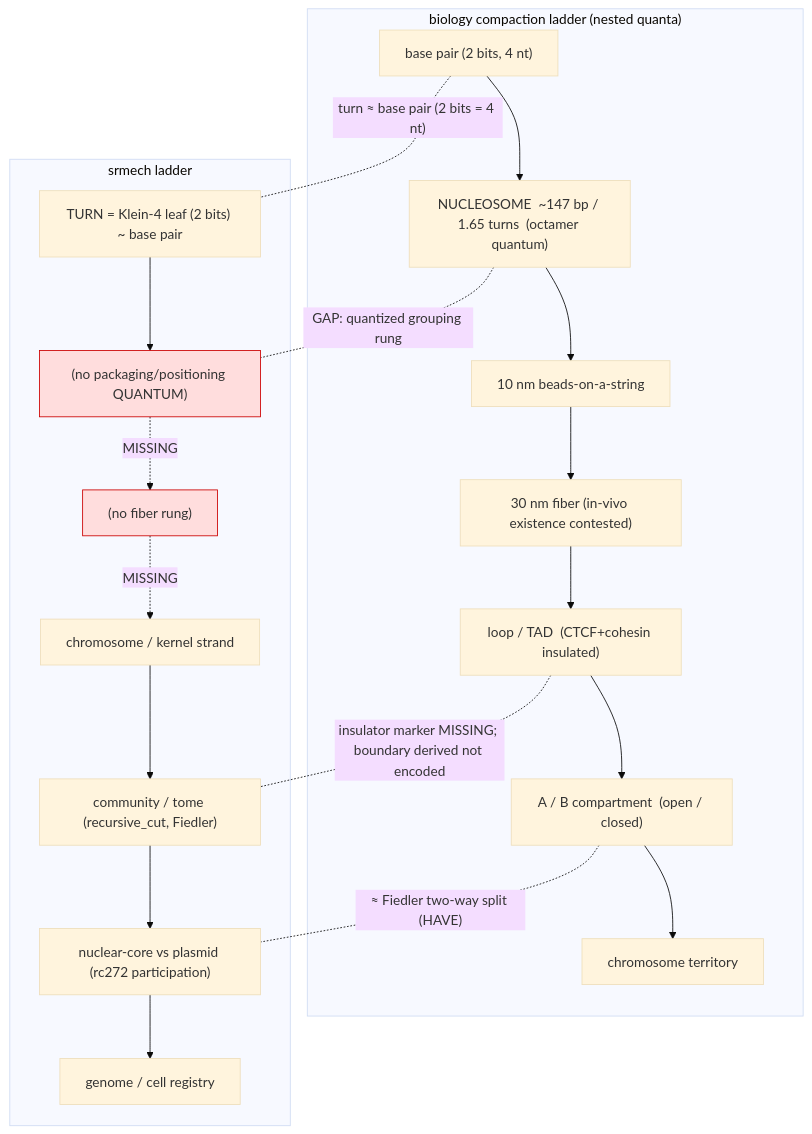
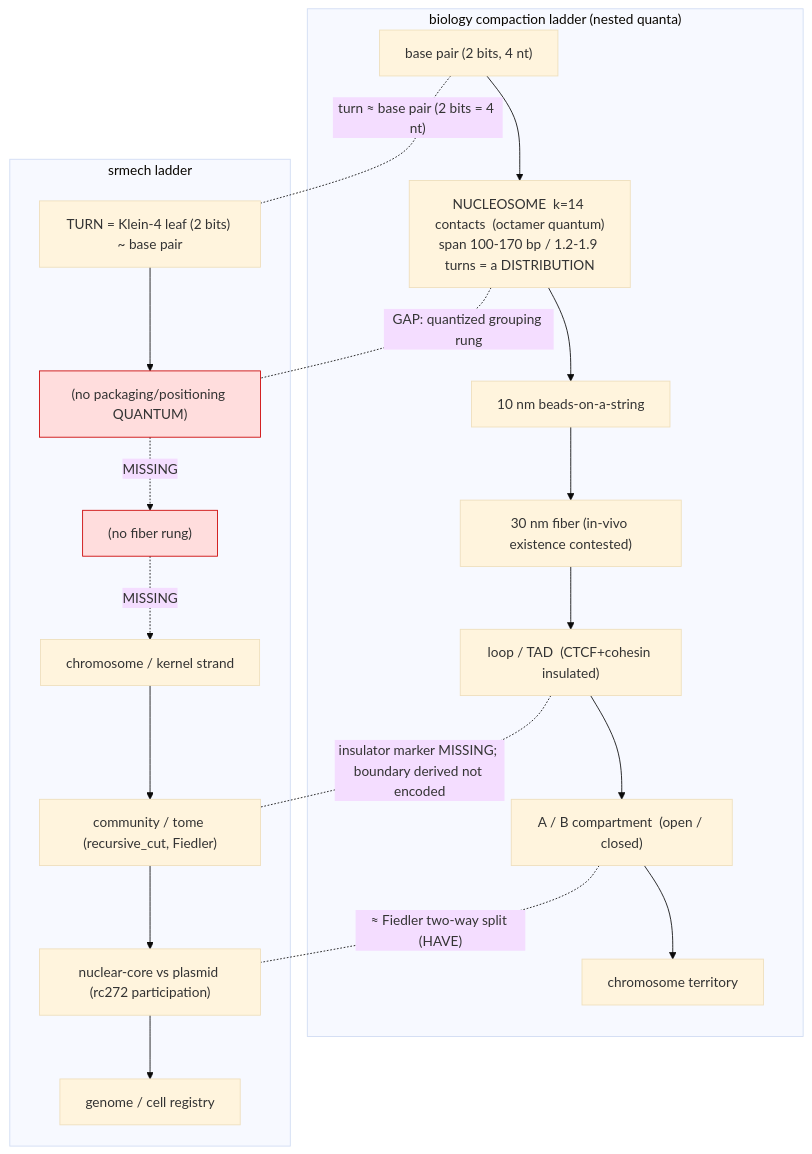
Before and after one commit to lemonforest/mlehaptics: the diagram in docs/srmech/notes/chromatin_histone_structural_machinery_findings.md, drawn with Mermaid (base theme). The commit also changed other lines of this file and 11 other files, not shown here.

````diff
--- a/docs/srmech/notes/chromatin_histone_structural_machinery_findings.md
+++ b/docs/srmech/notes/chromatin_histone_structural_machinery_findings.md
@@ -69,29 +119,29 @@
 ```mermaid
 graph TD
   subgraph BIO["biology compaction ladder (nested quanta)"]
     bp["base pair (2 bits, 4 nt)"]
-    nuc["NUCLEOSOME  ~147 bp / 1.65 turns  (octamer quantum)"]
+    nuc["NUCLEOSOME  k=14 contacts  (octamer quantum)<br/>span 100-170 bp / 1.2-1.9 turns = a DISTRIBUTION"]
     f10["10 nm  beads-on-a-string"]
     f30["30 nm fiber (in-vivo existence contested)"]
     loop["loop / TAD  (CTCF+cohesin insulated)"]
     comp["A / B compartment  (open / closed)"]
     terr["chromosome territory"]
     bp --> nuc --> f10 --> f30 --> loop --> comp --> terr
   end
   subgraph SR["srmech ladder"]
     turn["TURN = Klein-4 leaf (2 bits) ~ base pair"]
     QMISS["(no packaging/positioning QUANTUM)"]
     FMISS["(no fiber rung)"]
     chrom["chromosome / kernel strand"]
     tome["community / tome (recursive_cut, Fiedler)"]
     part["nuclear-core vs plasmid (rc272 participation)"]
     cell["genome / cell registry"]
     turn --> QMISS -.MISSING.-> FMISS -.MISSING.-> chrom --> tome --> part --> cell
   end
   nuc -. "GAP: quantized grouping rung" .- QMISS
   loop -. "insulator marker MISSING; boundary derived not encoded" .- tome
   comp -. "≈ Fiedler two-way split (HAVE)" .- part
   bp -. "turn ≈ base pair (2 bits = 4 nt)" .- turn
   classDef miss fill:#fdd,stroke:#c00;
   class QMISS,FMISS miss;
 ```
````
